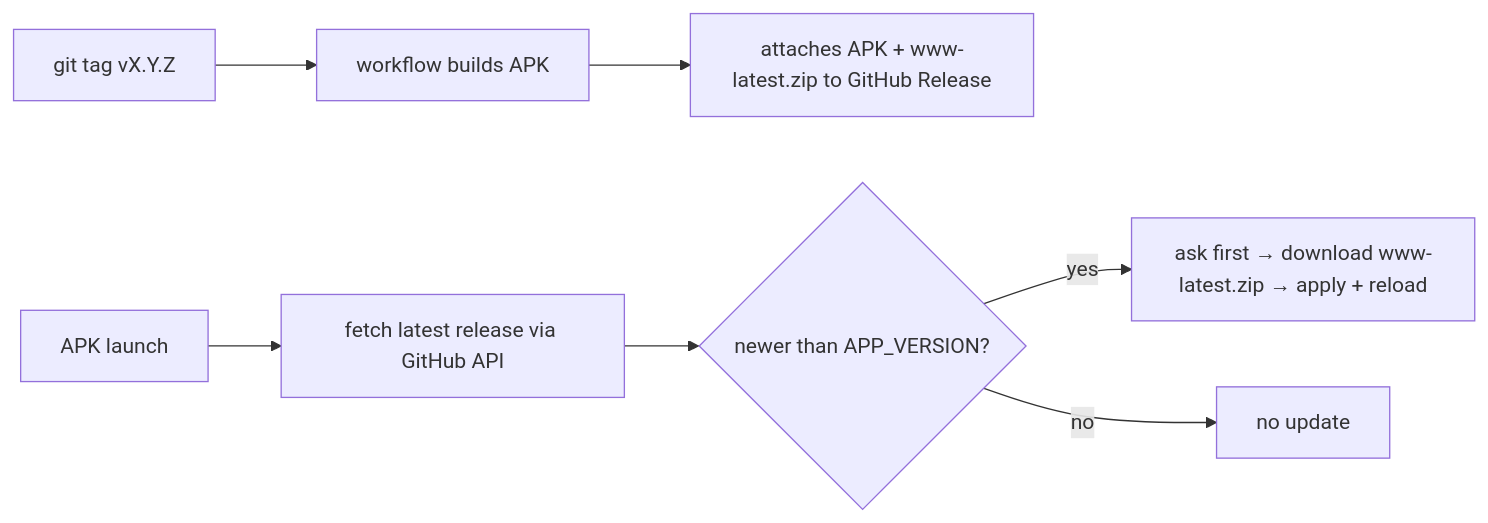
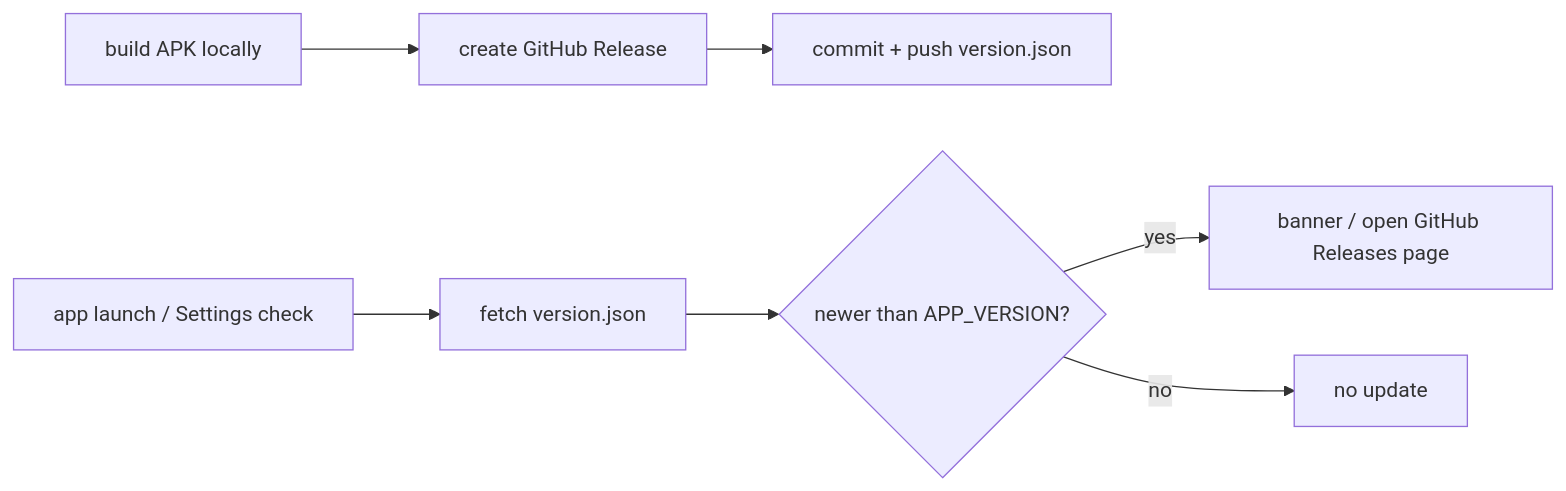
One commit to minatolun-dotcom/khristian-labu changed the third of 3 diagrams in ARCHITECTURE.md. Above: the diagram before and after it, drawn with Mermaid. The commit also changed other lines of this file and 520 other files, not shown here.

````diff
--- a/ARCHITECTURE.md
+++ b/ARCHITECTURE.md
@@ -64,9 +63,9 @@
 ```mermaid
 flowchart LR
-    A[git tag vX.Y.Z] --> B[workflow builds APK]
-    B --> C[attaches APK + www-latest.zip to GitHub Release]
-    F[APK launch] --> G[fetch latest release via GitHub API]
+    A[build APK locally] --> B[create GitHub Release]
+    B --> C[commit + push version.json]
+    F[app launch / Settings check] --> G[fetch version.json]
     G --> H{newer than APP_VERSION?}
-    H -- yes --> I[ask first → download www-latest.zip → apply + reload]
+    H -- yes --> I[banner / open GitHub Releases page]
     H -- no --> J[no update]
 ```
````
